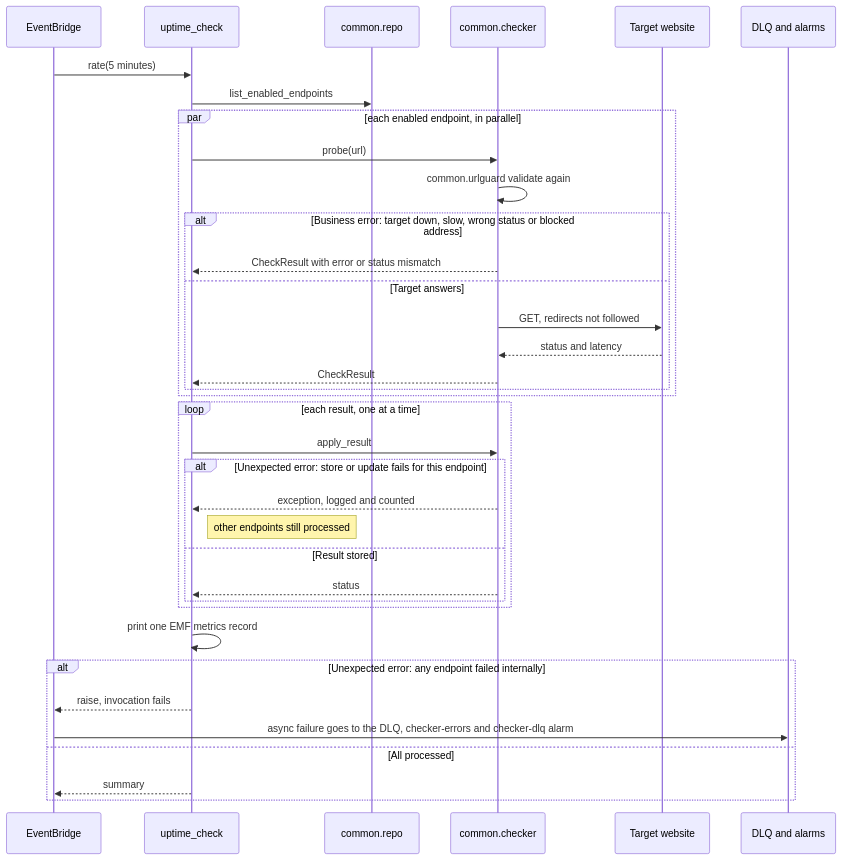
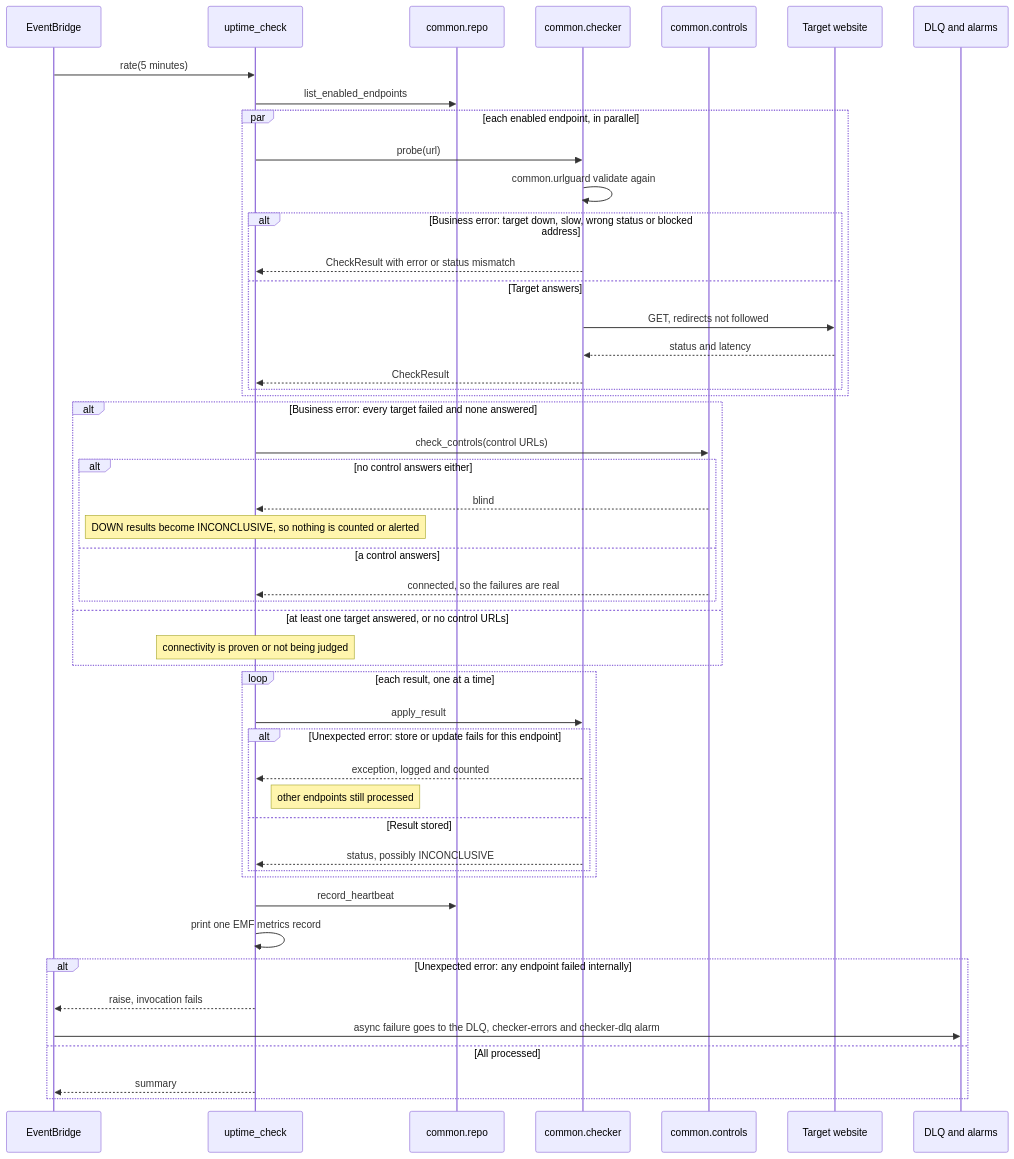
Before and after one commit to lesego-rabotapi/VigilWatch: the second of 4 diagrams in docs/design/sequences.md, drawn with Mermaid. The commit also changed other lines of this file and 2 other files, not shown here.

Commit message:
docs(design): ADR 0006 and the controls in the scheduled-check diagram

````diff
--- a/docs/design/sequences.md
+++ b/docs/design/sequences.md
@@ -54,38 +54,51 @@
 ```mermaid
 sequenceDiagram
     participant E as EventBridge
     participant K as uptime_check
     participant S as common.repo
     participant P as common.checker
+    participant C as common.controls
     participant T as Target website
     participant Q as DLQ and alarms
     E->>K: rate(5 minutes)
     K->>S: list_enabled_endpoints
     par each enabled endpoint, in parallel
         K->>P: probe(url)
         P->>P: common.urlguard validate again
         alt Business error: target down, slow, wrong status or blocked address
             P-->>K: CheckResult with error or status mismatch
         else Target answers
             P->>T: GET, redirects not followed
             T-->>P: status and latency
             P-->>K: CheckResult
         end
     end
+    alt Business error: every target failed and none answered
+        K->>C: check_controls(control URLs)
+        alt no control answers either
+            C-->>K: blind
+            Note over K: DOWN results become INCONCLUSIVE, so nothing is counted or alerted
+        else a control answers
+            C-->>K: connected, so the failures are real
+        end
+    else at least one target answered, or no control URLs
+        Note over K: connectivity is proven or not being judged
+    end
     loop each result, one at a time
         K->>P: apply_result
         alt Unexpected error: store or update fails for this endpoint
             P-->>K: exception, logged and counted
             Note right of K: other endpoints still processed
         else Result stored
-            P-->>K: status
+            P-->>K: status, possibly INCONCLUSIVE
         end
     end
+    K->>S: record_heartbeat
     K->>K: print one EMF metrics record
     alt Unexpected error: any endpoint failed internally
         K-->>E: raise, invocation fails
         E->>Q: async failure goes to the DLQ, checker-errors and checker-dlq alarm
     else All processed
         K-->>E: summary
     end
 ```
````
